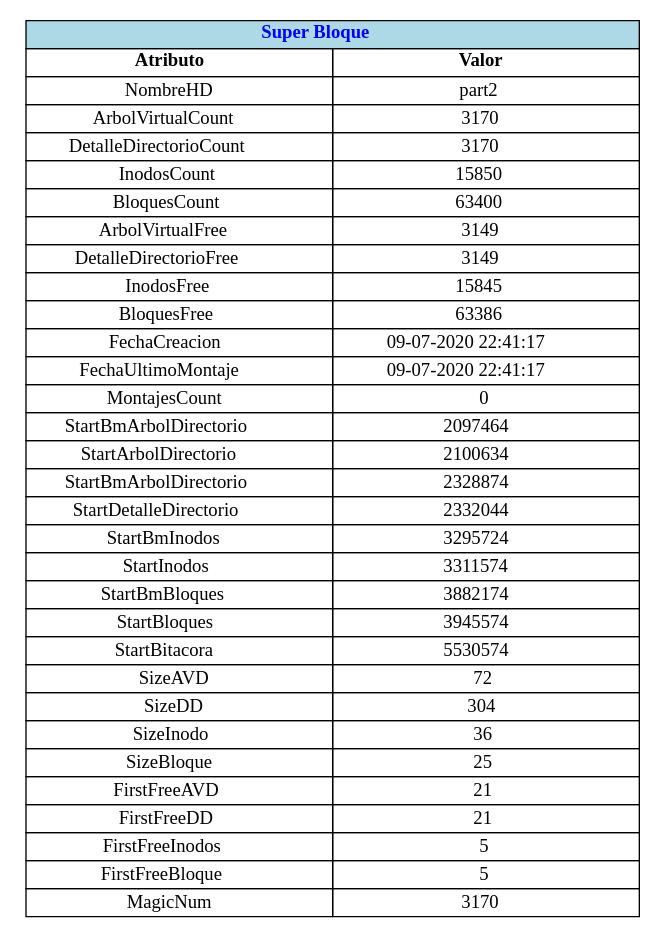
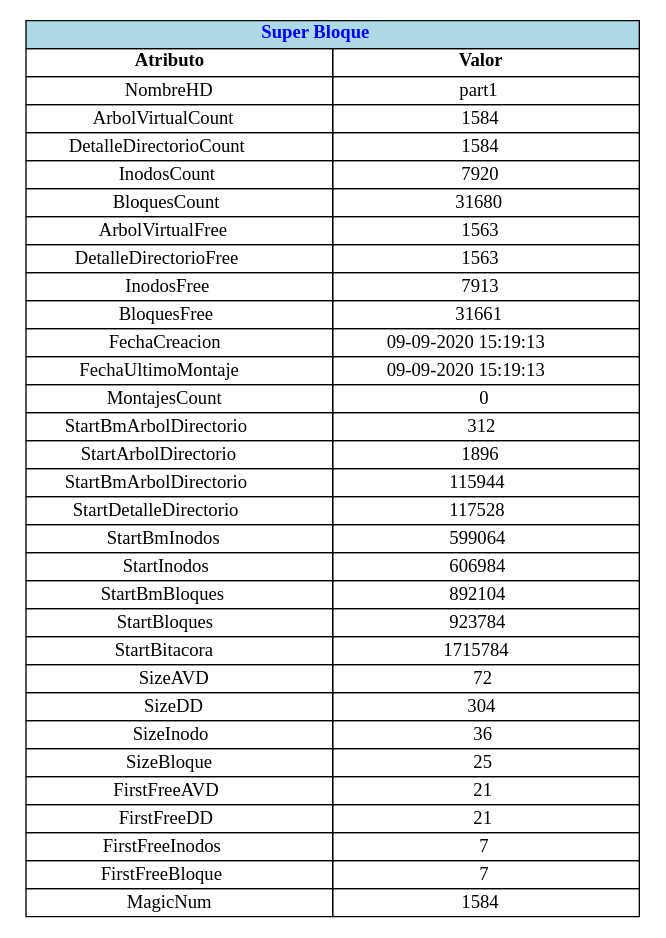
The diagram in Reportes/graficaSuperBloque.dot (xJosee/SistemaArchivos), drawn with Graphviz before and after one commit. The commit also changed 10 other files, not shown here.

```diff
--- a/Reportes/graficaSuperBloque.dot
+++ b/Reportes/graficaSuperBloque.dot
@@ -1,39 +1,39 @@
 digraph G{ 
 node [shape=plaintext]
 tbl[
 label=<
 <table border='0' cellborder='1' cellspacing='0' width='300'  height='200' >
  <tr ><td colspan='2' bgcolor= 'lightblue' ><b><font color='blue'>Super Bloque</font></b></td></tr><tr>  <td width='230'> <b>Atributo</b> </td> <td width='230'> <b>Valor</b> </td>  </tr>
-<tr>  <td>NombreHD</td><td>part2</td>  </tr>
-<tr>  <td>ArbolVirtualCount</td><td>3170</td>  </tr>
-<tr>  <td>DetalleDirectorioCount</td><td>3170</td>  </tr>
-<tr>  <td>InodosCount</td><td>15850</td>  </tr>
-<tr>  <td>BloquesCount</td><td>63400</td>  </tr>
-<tr>  <td>ArbolVirtualFree</td><td>3149</td>  </tr>
-<tr>  <td>DetalleDirectorioFree</td><td>3149</td>  </tr>
-<tr>  <td>InodosFree</td><td>15845</td>  </tr>
-<tr>  <td>BloquesFree</td><td>63386</td>  </tr>
-<tr>  <td>FechaCreacion</td><td>09-07-2020 22:41:17</td>  </tr>
-<tr>  <td>FechaUltimoMontaje</td><td>09-07-2020 22:41:17</td>  </tr>
+<tr>  <td>NombreHD</td><td>part1</td>  </tr>
+<tr>  <td>ArbolVirtualCount</td><td>1584</td>  </tr>
+<tr>  <td>DetalleDirectorioCount</td><td>1584</td>  </tr>
+<tr>  <td>InodosCount</td><td>7920</td>  </tr>
+<tr>  <td>BloquesCount</td><td>31680</td>  </tr>
+<tr>  <td>ArbolVirtualFree</td><td>1563</td>  </tr>
+<tr>  <td>DetalleDirectorioFree</td><td>1563</td>  </tr>
+<tr>  <td>InodosFree</td><td>7913</td>  </tr>
+<tr>  <td>BloquesFree</td><td>31661</td>  </tr>
+<tr>  <td>FechaCreacion</td><td>09-09-2020 15:19:13</td>  </tr>
+<tr>  <td>FechaUltimoMontaje</td><td>09-09-2020 15:19:13</td>  </tr>
 <tr>  <td>MontajesCount</td><td>0</td>  </tr>
-<tr>  <td>StartBmArbolDirectorio</td><td>2097464</td>  </tr>
-<tr>  <td>StartArbolDirectorio</td><td>2100634</td>  </tr>
-<tr>  <td>StartBmArbolDirectorio</td><td>2328874</td>  </tr>
-<tr>  <td>StartDetalleDirectorio</td><td>2332044</td>  </tr>
-<tr>  <td>StartBmInodos</td><td>3295724</td>  </tr>
-<tr>  <td>StartInodos</td><td>3311574</td>  </tr>
-<tr>  <td>StartBmBloques</td><td>3882174</td>  </tr>
-<tr>  <td>StartBloques</td><td>3945574</td>  </tr>
-<tr>  <td>StartBitacora</td><td>5530574</td>  </tr>
+<tr>  <td>StartBmArbolDirectorio</td><td>312</td>  </tr>
+<tr>  <td>StartArbolDirectorio</td><td>1896</td>  </tr>
+<tr>  <td>StartBmArbolDirectorio</td><td>115944</td>  </tr>
+<tr>  <td>StartDetalleDirectorio</td><td>117528</td>  </tr>
+<tr>  <td>StartBmInodos</td><td>599064</td>  </tr>
+<tr>  <td>StartInodos</td><td>606984</td>  </tr>
+<tr>  <td>StartBmBloques</td><td>892104</td>  </tr>
+<tr>  <td>StartBloques</td><td>923784</td>  </tr>
+<tr>  <td>StartBitacora</td><td>1715784</td>  </tr>
 <tr>  <td>SizeAVD</td><td>72</td>  </tr>
 <tr>  <td>SizeDD</td><td>304</td>  </tr>
 <tr>  <td>SizeInodo</td><td>36</td>  </tr>
 <tr>  <td>SizeBloque</td><td>25</td>  </tr>
 <tr>  <td>FirstFreeAVD</td><td>21</td>  </tr>
 <tr>  <td>FirstFreeDD</td><td>21</td>  </tr>
-<tr>  <td>FirstFreeInodos</td><td>5</td>  </tr>
-<tr>  <td>FirstFreeBloque</td><td>5</td>  </tr>
-<tr>  <td>MagicNum</td><td>3170</td>  </tr>
+<tr>  <td>FirstFreeInodos</td><td>7</td>  </tr>
+<tr>  <td>FirstFreeBloque</td><td>7</td>  </tr>
+<tr>  <td>MagicNum</td><td>1584</td>  </tr>
 </table>
 >];
 }
```
